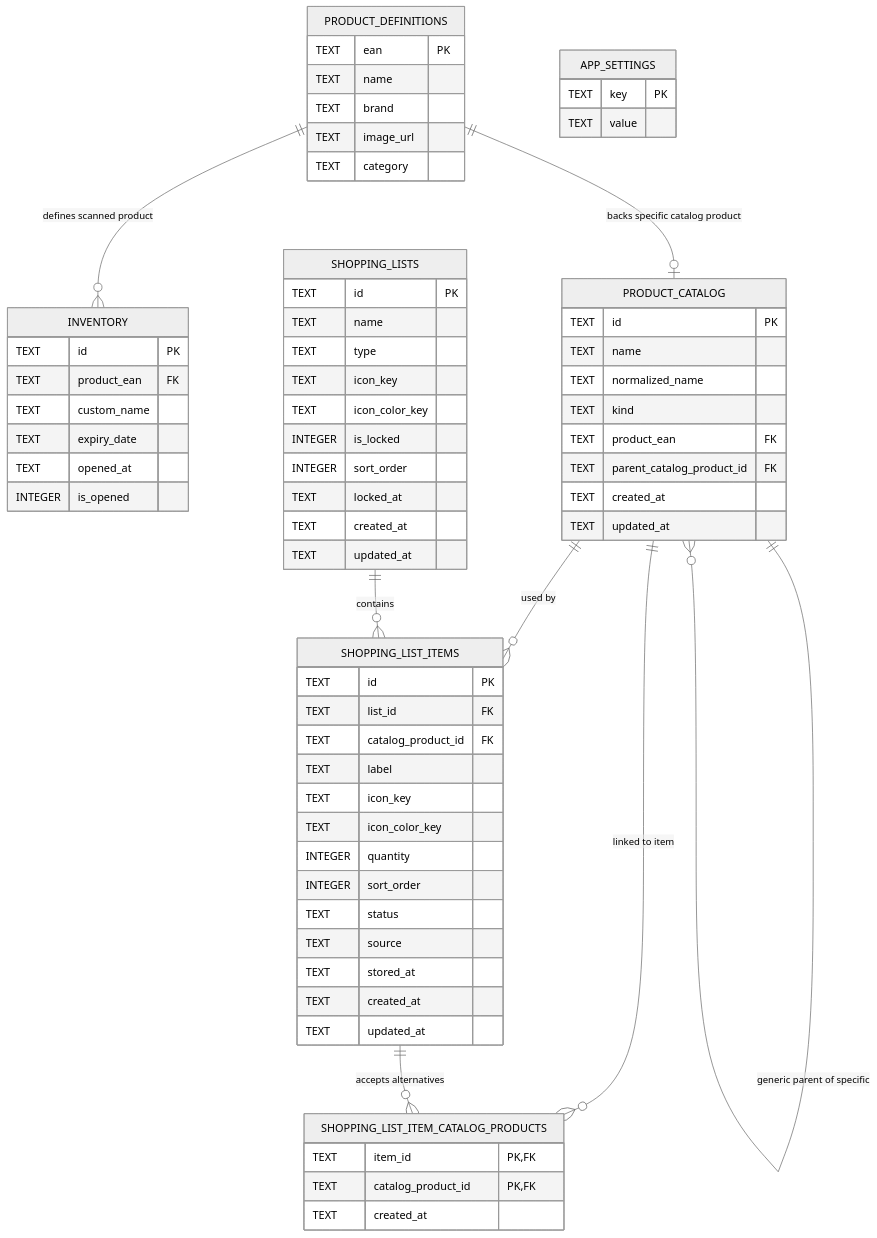
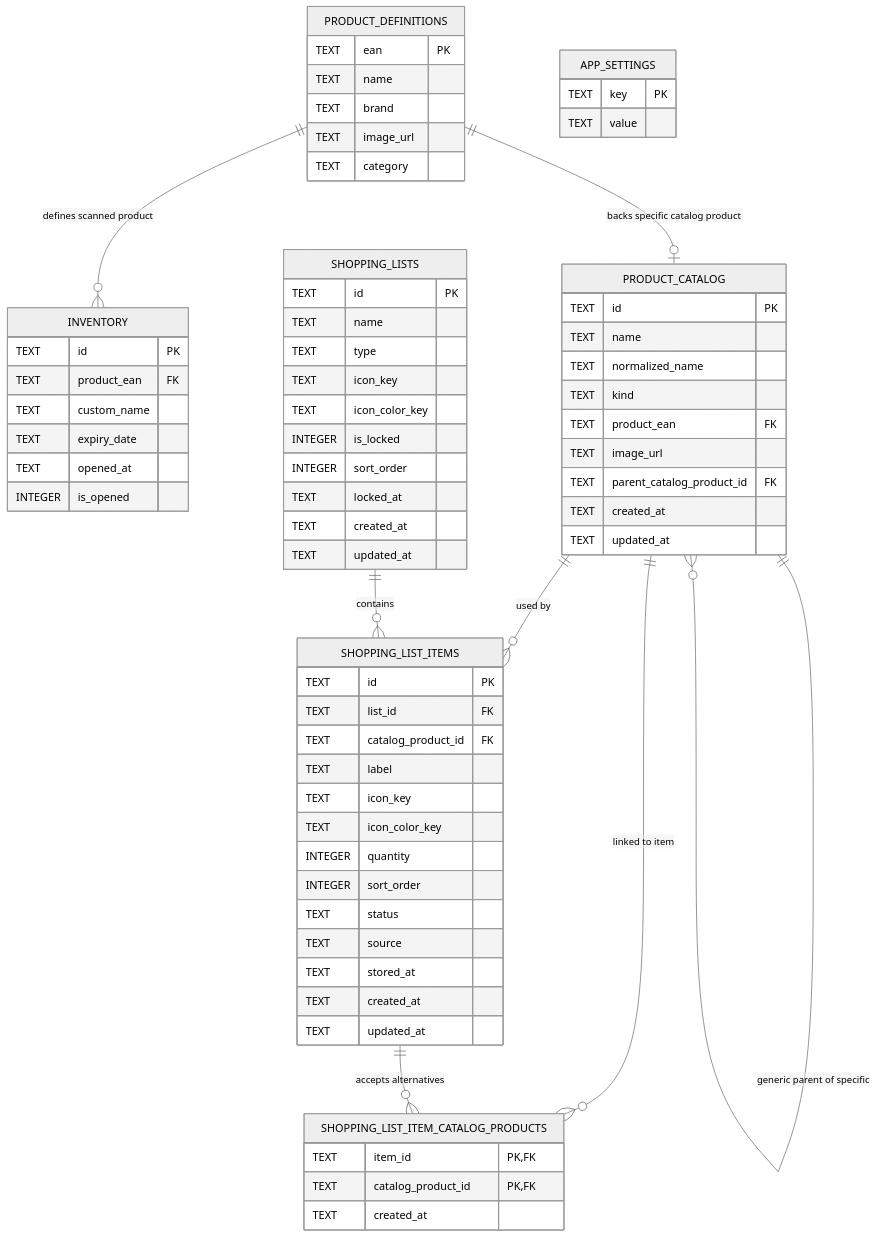
Before and after one commit to nazwa-zespolu/ShelfChef: the diagram in docs/db/schema.md, drawn with Mermaid (neutral theme). The commit also changed other lines of this file and 10 other files, not shown here.

````diff
--- a/docs/db/schema.md
+++ b/docs/db/schema.md
@@ -4,80 +4,81 @@
 ```mermaid
 erDiagram
     PRODUCT_DEFINITIONS {
         TEXT ean PK
         TEXT name
         TEXT brand
         TEXT image_url
         TEXT category
     }
 
     INVENTORY {
         TEXT id PK
         TEXT product_ean FK
         TEXT custom_name
         TEXT expiry_date
         TEXT opened_at
         INTEGER is_opened
     }
 
     APP_SETTINGS {
         TEXT key PK
         TEXT value
     }
 
     PRODUCT_CATALOG {
         TEXT id PK
         TEXT name
         TEXT normalized_name
         TEXT kind
         TEXT product_ean FK
+        TEXT image_url
         TEXT parent_catalog_product_id FK
         TEXT created_at
         TEXT updated_at
     }
 
     SHOPPING_LISTS {
         TEXT id PK
         TEXT name
         TEXT type
         TEXT icon_key
         TEXT icon_color_key
         INTEGER is_locked
         INTEGER sort_order
         TEXT locked_at
         TEXT created_at
         TEXT updated_at
     }
 
     SHOPPING_LIST_ITEMS {
         TEXT id PK
         TEXT list_id FK
         TEXT catalog_product_id FK
         TEXT label
         TEXT icon_key
         TEXT icon_color_key
         INTEGER quantity
         INTEGER sort_order
         TEXT status
         TEXT source
         TEXT stored_at
         TEXT created_at
         TEXT updated_at
     }
 
     SHOPPING_LIST_ITEM_CATALOG_PRODUCTS {
         TEXT item_id PK,FK
         TEXT catalog_product_id PK,FK
         TEXT created_at
     }
 
     PRODUCT_DEFINITIONS ||--o{ INVENTORY : "defines scanned product"
     PRODUCT_DEFINITIONS ||--o| PRODUCT_CATALOG : "backs specific catalog product"
 
     PRODUCT_CATALOG ||--o{ SHOPPING_LIST_ITEMS : "used by"
     PRODUCT_CATALOG ||--o{ PRODUCT_CATALOG : "generic parent of specific"
     PRODUCT_CATALOG ||--o{ SHOPPING_LIST_ITEM_CATALOG_PRODUCTS : "linked to item"
 
     SHOPPING_LISTS ||--o{ SHOPPING_LIST_ITEMS : "contains"
     SHOPPING_LIST_ITEMS ||--o{ SHOPPING_LIST_ITEM_CATALOG_PRODUCTS : "accepts alternatives"
 ```
````
